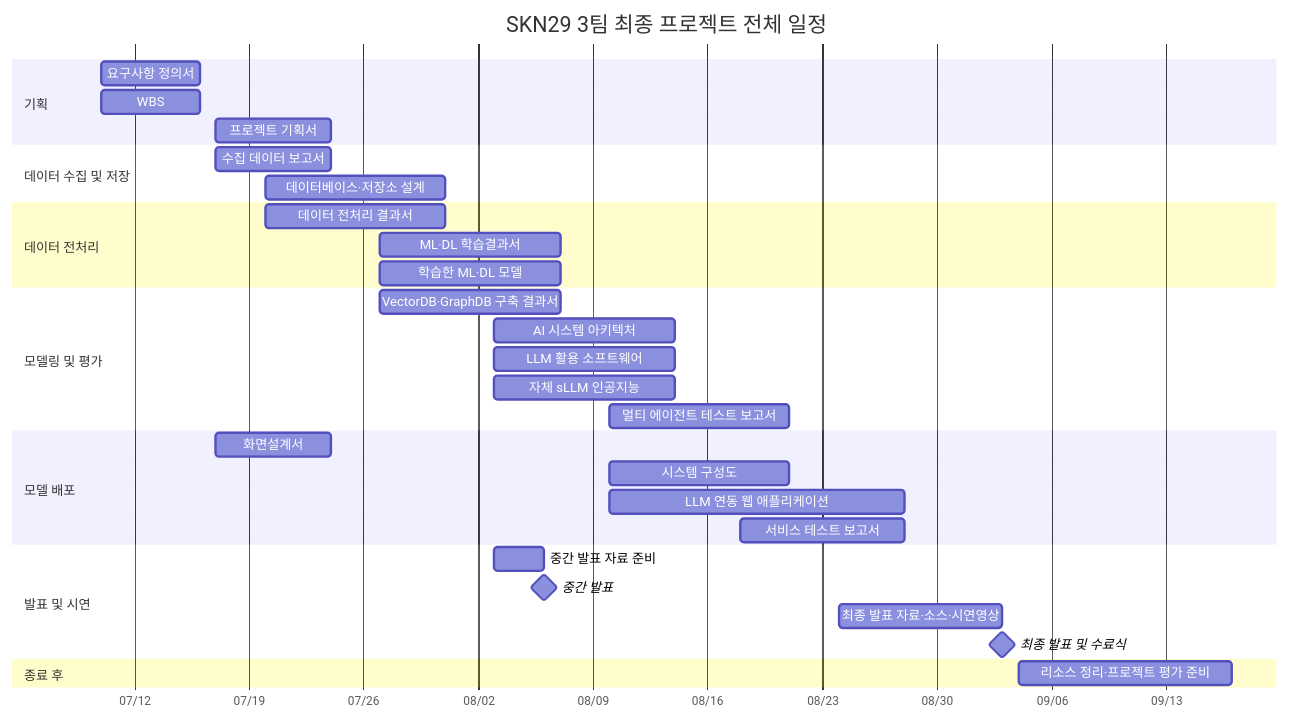
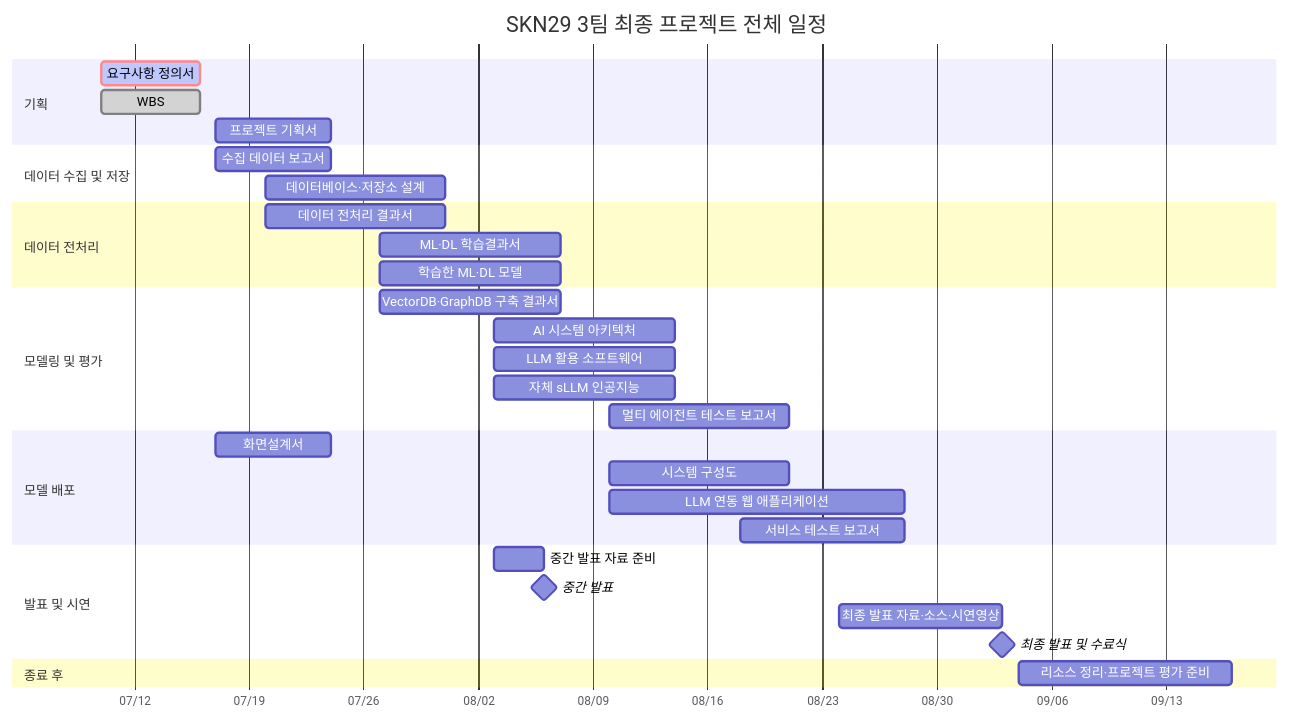
One commit to hijun318-eng/skn29_final_3team changed the diagram in docs/AI_AGENT_WBS.md. Above: the diagram before and after it, drawn with Mermaid. The commit also changed other lines of this file, not shown here.

Commit message:
docs(wbs): 작업 상태 시각화 규칙 추가

````diff
--- a/docs/AI_AGENT_WBS.md
+++ b/docs/AI_AGENT_WBS.md
@@ -54,42 +57,42 @@
 ```mermaid
 gantt
     title SKN29 3팀 최종 프로젝트 전체 일정
     dateFormat  YYYY-MM-DD
     axisFormat  %m/%d
 
     section 기획
-    요구사항 정의서                 :plan_req, 2026-07-10, 2026-07-16
-    WBS                            :plan_wbs, 2026-07-10, 2026-07-16
+    요구사항 정의서                 :crit, active, plan_req, 2026-07-10, 2026-07-16
+    WBS                            :done, plan_wbs, 2026-07-10, 2026-07-16
     프로젝트 기획서                 :plan_doc, 2026-07-17, 2026-07-24
 
     section 데이터 수집 및 저장
     수집 데이터 보고서              :data_report, 2026-07-17, 2026-07-24
     데이터베이스·저장소 설계         :data_db, 2026-07-20, 2026-07-31
 
     section 데이터 전처리
     데이터 전처리 결과서             :prep_result, 2026-07-20, 2026-07-31
     ML·DL 학습결과서                :prep_train, 2026-07-27, 2026-08-07
     학습한 ML·DL 모델               :prep_model, 2026-07-27, 2026-08-07
 
     section 모델링 및 평가
     VectorDB·GraphDB 구축 결과서    :model_db, 2026-07-27, 2026-08-07
     AI 시스템 아키텍처              :model_arch, 2026-08-03, 2026-08-14
     LLM 활용 소프트웨어             :model_llm, 2026-08-03, 2026-08-14
     자체 sLLM 인공지능              :model_sllm, 2026-08-03, 2026-08-14
     멀티 에이전트 테스트 보고서      :model_test, 2026-08-10, 2026-08-21
 
     section 모델 배포
     화면설계서                      :deploy_ui, 2026-07-17, 2026-07-24
     시스템 구성도                   :deploy_arch, 2026-08-10, 2026-08-21
     LLM 연동 웹 애플리케이션         :deploy_app, 2026-08-10, 2026-08-28
     서비스 테스트 보고서             :deploy_test, 2026-08-18, 2026-08-28
 
     section 발표 및 시연
     중간 발표 자료 준비              :demo_mid_prep, 2026-08-03, 2026-08-06
     중간 발표                       :milestone, demo_mid, 2026-08-06, 0d
     최종 발표 자료·소스·시연영상      :demo_final_prep, 2026-08-24, 2026-09-03
     최종 발표 및 수료식              :milestone, demo_final, 2026-09-03, 0d
 
     section 종료 후
     리소스 정리·프로젝트 평가 준비    :ops_close, 2026-09-04, 2026-09-17
 ```
````
